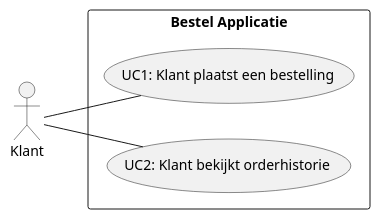
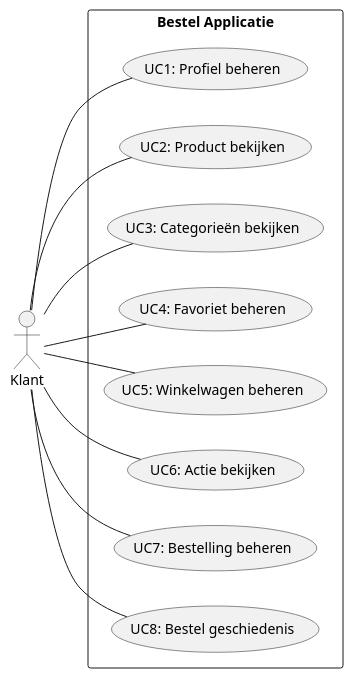
One commit to chriscox2301/KE03_INTDEV_SE_1 changed the diagram in usecasediagram.plantuml. Above: the diagram before and after it, drawn with PlantUML. The commit also changed 15 other files, not shown here.

Commit message:
sessies aangemaakt voor beter en logischere flow. todo: bestelgeschiedenis de totaal prijs en aantal werken nog niet.

```diff
--- a/usecasediagram.plantuml
+++ b/usecasediagram.plantuml
@@ -1,15 +1,26 @@
 @startuml
 
 left to right direction
 
 actor "Klant" as klant
 
 rectangle "Bestel Applicatie" {
-    usecase "UC1: Klant plaatst een bestelling" as UC1
-    usecase "UC2: Klant bekijkt orderhistorie" as UC2
+    usecase "UC1: Profiel beheren" as UC1
+    usecase "UC2: Product bekijken" as UC2
+    usecase "UC3: Categorieën bekijken" as UC3
+    usecase "UC4: Favoriet beheren" as UC4
+    usecase "UC5: Winkelwagen beheren" as UC5
+    usecase "UC6: Actie bekijken" as UC6
+    usecase "UC7: Bestelling beheren" as UC7
+    usecase "UC8: Bestel geschiedenis" as UC8
 }
 
 klant -- UC1
 klant -- UC2
-
+klant -- UC3
+klant -- UC4 
+klant -- UC5 
+klant -- UC6 
+klant -- UC7 
+klant -- UC8 
 @enduml
```
